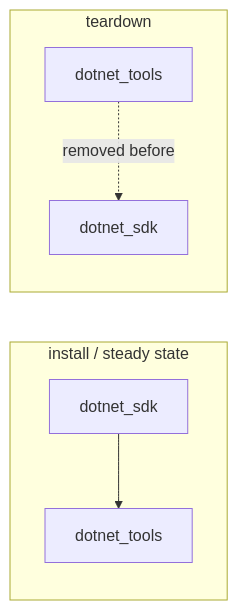
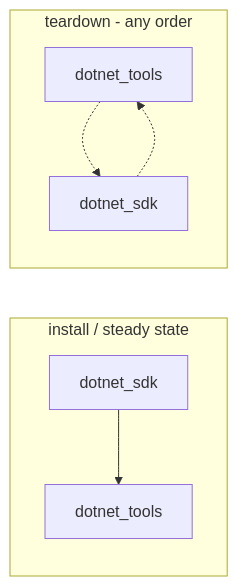
Before and after one commit to Klark-Morrigan/Common-Ansible: the diagram in roles/dotnet_tools/README.md, drawn with Mermaid. The commit also changed other lines of this file and 6 other files, not shown here.

Commit message:
fix: order-dependent .NET SDK teardown

````diff
--- a/roles/dotnet_tools/README.md
+++ b/roles/dotnet_tools/README.md
@@ -81,9 +85,10 @@
 ```mermaid
 flowchart LR
   subgraph install [install / steady state]
     S1[dotnet_sdk] --> T1[dotnet_tools]
   end
-  subgraph teardown
-    T2[dotnet_tools] -. removed before .-> S2[dotnet_sdk]
+  subgraph teardown [teardown - any order]
+    T2[dotnet_tools] -.-> S2[dotnet_sdk]
+    S2 -.-> T2
   end
 ```
````
